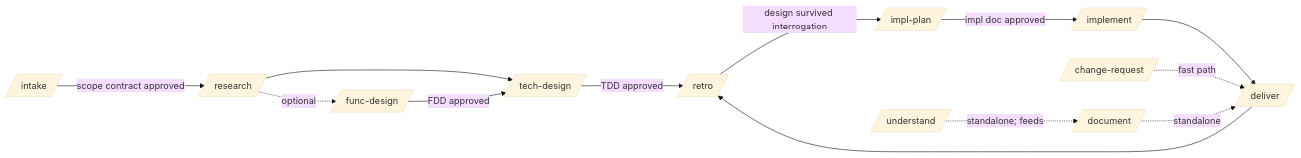
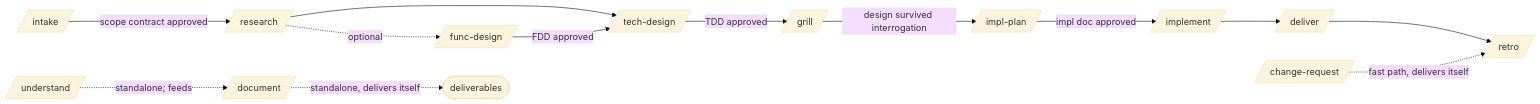
Before and after one commit to Loneranger001/software_engineer_stack: the diagram in README.md, drawn with Mermaid (base theme). The commit also changed other lines of this file and 50 other files, not shown here.

Commit message:
One plain-English design doc, terse impl doc, and nine flow fixes (0.13.0) (#39)

````diff
--- a/README.md
+++ b/README.md
@@ -7,16 +7,16 @@
 ```mermaid
 flowchart LR
     A[/intake/] -->|scope contract approved| B[/research/]
     B --> C[/tech-design/]
     B -.optional.-> FD[/func-design/]
     FD -->|FDD approved| C
     C -->|TDD approved| G[/grill/]
     G -->|design survived interrogation| D[/impl-plan/]
     D -->|impl doc approved| E[/implement/]
     E --> F[/deliver/]
-    F --> G[/retro/]
+    F --> R[/retro/]
 
-    CR[/change-request/] -.fast path.-> F
-    DOC[/document/] -.standalone.-> F
+    CR[/change-request/] -.fast path, delivers itself.-> R
+    DOC[/document/] -.standalone, delivers itself.-> OUT([deliverables])
     UND[/understand/] -.standalone; feeds.-> DOC
 ```
````
